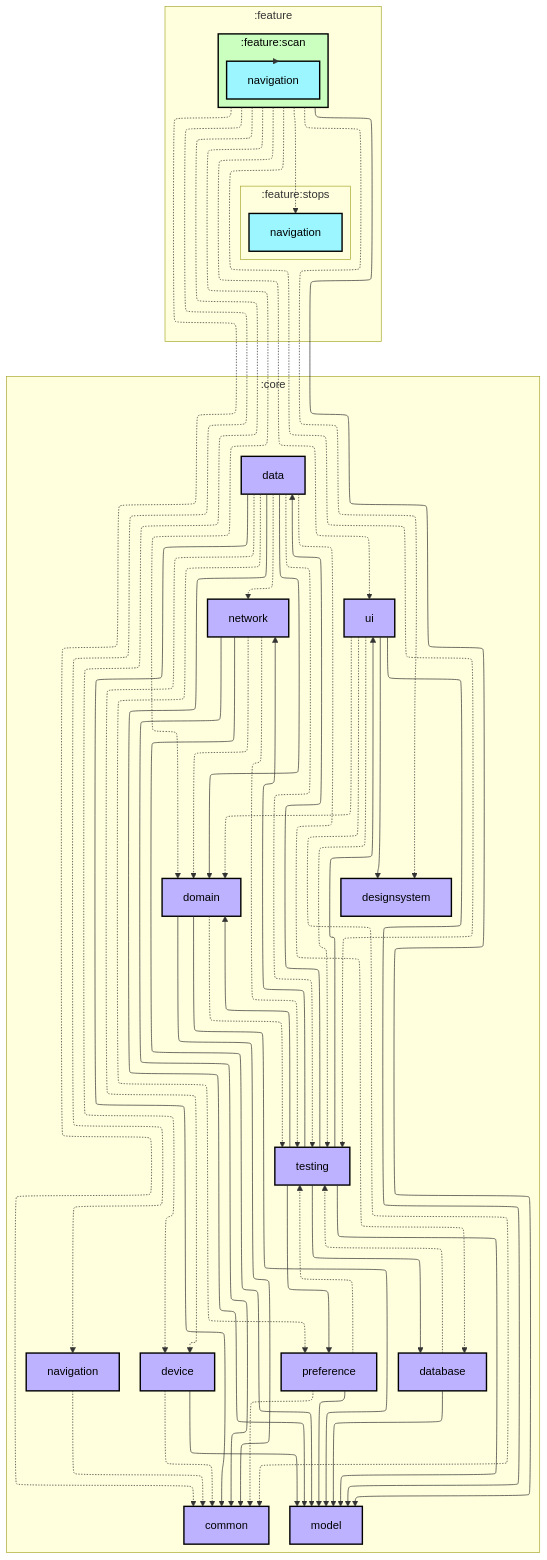
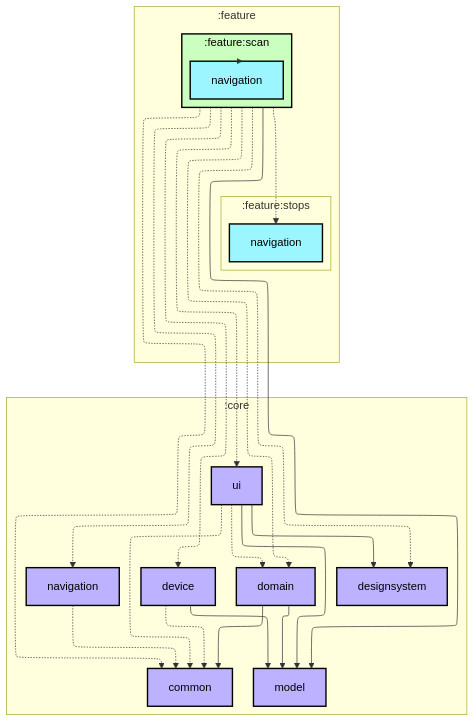
The first of 2 diagrams in feature/scan/README.md (Adrc95/logrono-bus), drawn with Mermaid before and after one commit. The commit also changed 32 other files, not shown here.

First line of the commit message:
Chore: unblock the test suites, the graphs and the CI

```diff
--- a/feature/scan/README.md
+++ b/feature/scan/README.md
@@ -26,61 +26,29 @@
   subgraph :core
     direction TB
     :core:common[common]:::library
-    :core:data[data]:::library
-    :core:database[database]:::library
     :core:designsystem[designsystem]:::library
     :core:device[device]:::library
     :core:domain[domain]:::library
     :core:model[model]:::library
     :core:navigation[navigation]:::library
-    :core:network[network]:::library
-    :core:preference[preference]:::library
-    :core:testing[testing]:::library
     :core:ui[ui]:::library
   end
 
-  :core:data --> :core:common
-  :core:data -.-> :core:database
-  :core:data -.-> :core:device
-  :core:data --> :core:domain
-  :core:data --> :core:model
-  :core:data -.-> :core:network
-  :core:data -.-> :core:preference
-  :core:data -.-> :core:testing
-  :core:database --> :core:model
-  :core:database -.-> :core:testing
   :core:device -.-> :core:common
   :core:device --> :core:model
   :core:domain --> :core:common
   :core:domain --> :core:model
-  :core:domain -.-> :core:testing
   :core:navigation -.-> :core:common
-  :core:network --> :core:common
-  :core:network -.-> :core:domain
-  :core:network --> :core:model
-  :core:network -.-> :core:testing
-  :core:preference -.-> :core:common
-  :core:preference --> :core:model
-  :core:preference -.-> :core:testing
-  :core:testing --> :core:data
-  :core:testing --> :core:database
-  :core:testing --> :core:domain
-  :core:testing --> :core:model
-  :core:testing --> :core:network
-  :core:testing --> :core:preference
-  :core:testing --> :core:ui
   :core:ui -.-> :core:common
   :core:ui --> :core:designsystem
   :core:ui -.-> :core:domain
   :core:ui --> :core:model
-  :core:ui -.-> :core:testing
   :feature:scan -.-> :core:common
   :feature:scan -.-> :core:designsystem
   :feature:scan -.-> :core:device
   :feature:scan -.-> :core:domain
   :feature:scan --> :core:model
   :feature:scan -.-> :core:navigation
-  :feature:scan -.-> :core:testing
   :feature:scan -.-> :core:ui
   :feature:scan --> :feature:scan:navigation
   :feature:scan -.-> :feature:stops:navigation
```
